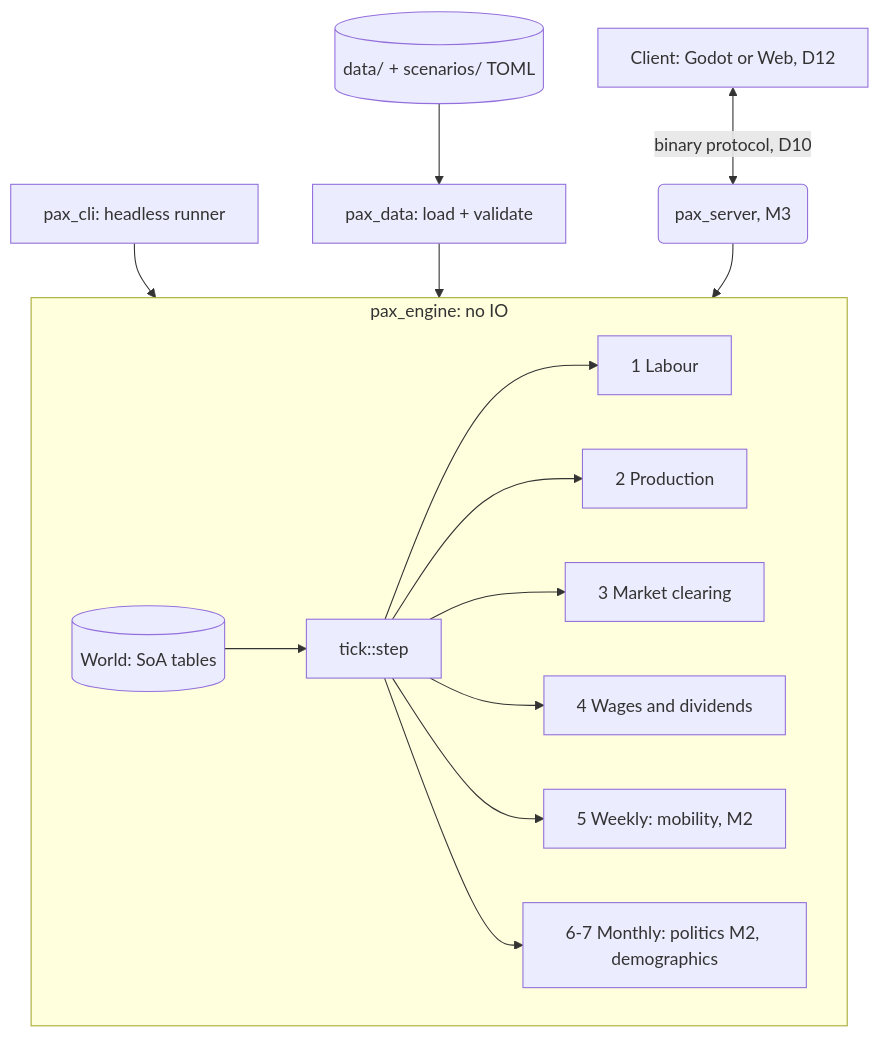
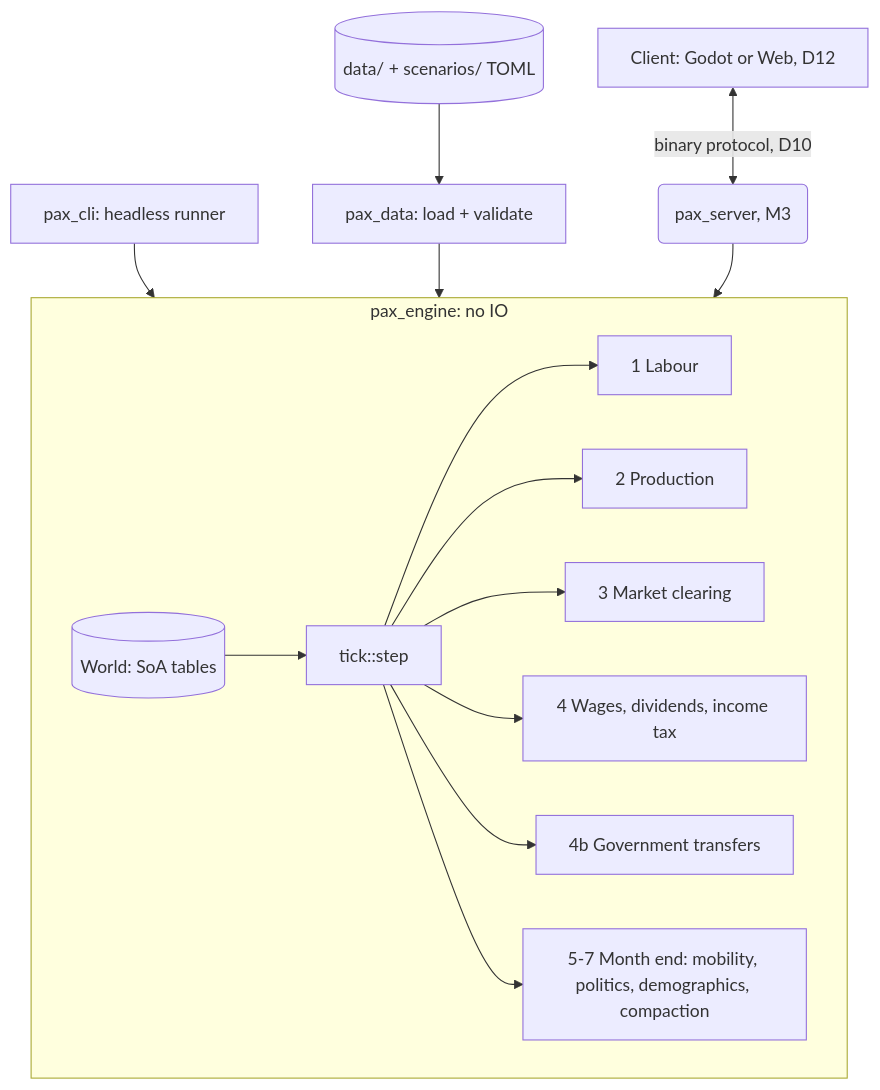
The first of 2 diagrams in docs/ARCHITECTURE.md (thomasclarkpersonal-sketch/Iron-and-Blood), drawn with Mermaid before and after one commit. The commit also changed 4 other files, not shown here.

````diff
--- a/docs/ARCHITECTURE.md
+++ b/docs/ARCHITECTURE.md
@@ -7,20 +7,20 @@
 ```mermaid
 flowchart TD
     UI[Client: Godot or Web, D12] <-->|binary protocol, D10| Server(pax_server, M3)
     CLI[pax_cli: headless runner] --> Engine
     Data[(data/ + scenarios/ TOML)] --> Loader[pax_data: load + validate]
     Loader --> Engine
 
     subgraph Engine [pax_engine: no IO]
         World[(World: SoA tables)]
         World --> Step[tick::step]
         Step --> Labour[1 Labour]
         Step --> Production[2 Production]
         Step --> Market[3 Market clearing]
-        Step --> Firms[4 Wages and dividends]
-        Step --> Weekly[5 Weekly: mobility, M2]
-        Step --> Monthly[6-7 Monthly: politics M2, demographics]
+        Step --> Firms[4 Wages, dividends, income tax]
+        Step --> Government[4b Government transfers]
+        Step --> Monthly[5-7 Month end: mobility, politics, demographics, compaction]
     end
 
     Server --> Engine
 ```
````
